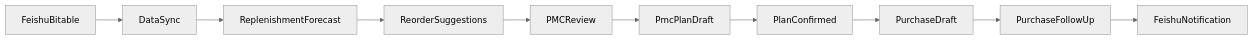
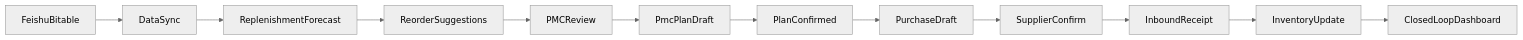
One commit to boway15/scmgent changed the diagram in docs/prd/phase1-mvp-flow.md. Above: the diagram before and after it, drawn with Mermaid (neutral theme). The commit also changed other lines of this file and 438 other files, not shown here.

````diff
--- a/docs/prd/phase1-mvp-flow.md
+++ b/docs/prd/phase1-mvp-flow.md
@@ -9,12 +11,14 @@
 ```mermaid
 flowchart LR
   feishuBitable[FeishuBitable] --> sync[DataSync]
   sync --> forecast[ReplenishmentForecast]
   forecast --> suggestions[ReorderSuggestions]
   suggestions --> pmcReview[PMCReview]
   pmcReview --> pmcPlan[PmcPlanDraft]
   pmcPlan --> confirm[PlanConfirmed]
   confirm --> purchaseDraft[PurchaseDraft]
-  purchaseDraft --> followUp[PurchaseFollowUp]
-  followUp --> feishuMsg[FeishuNotification]
+  purchaseDraft --> supplierConfirm[SupplierConfirm]
+  supplierConfirm --> inboundReceipt[InboundReceipt]
+  inboundReceipt --> inventoryUpdate[InventoryUpdate]
+  inventoryUpdate --> dashboard[ClosedLoopDashboard]
 ```
````
